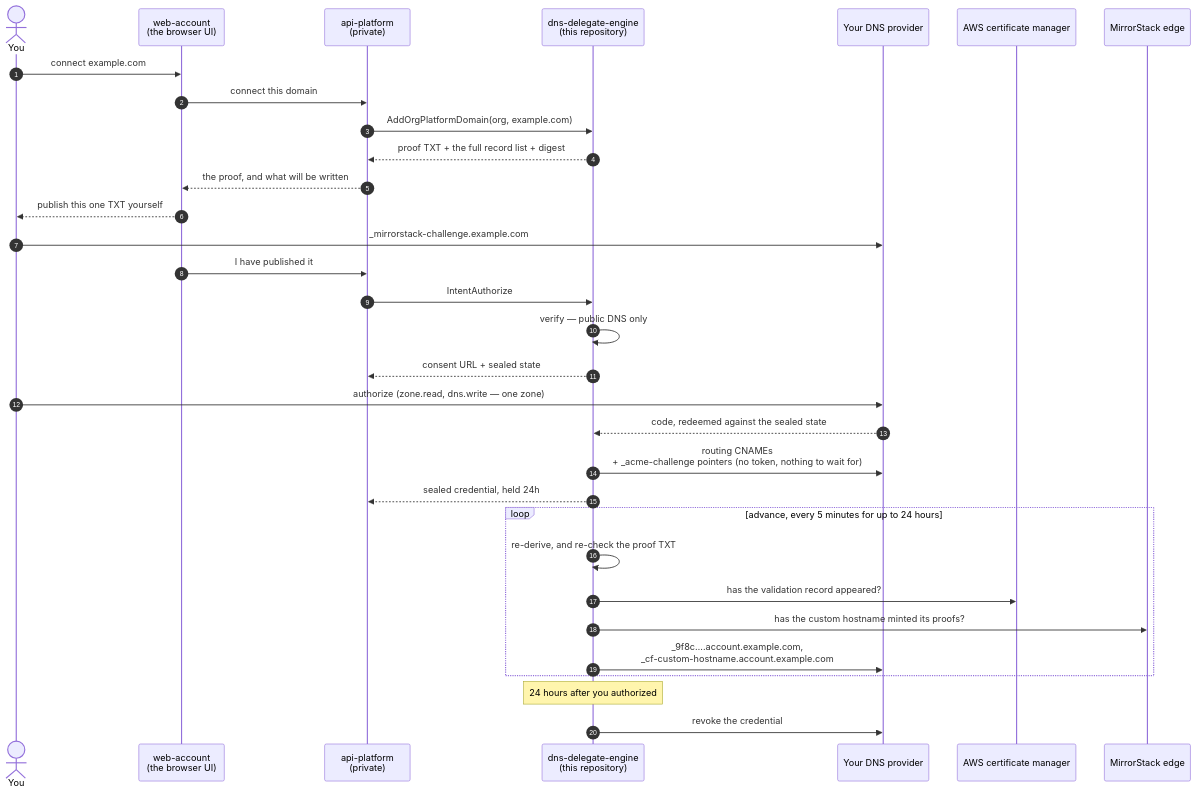
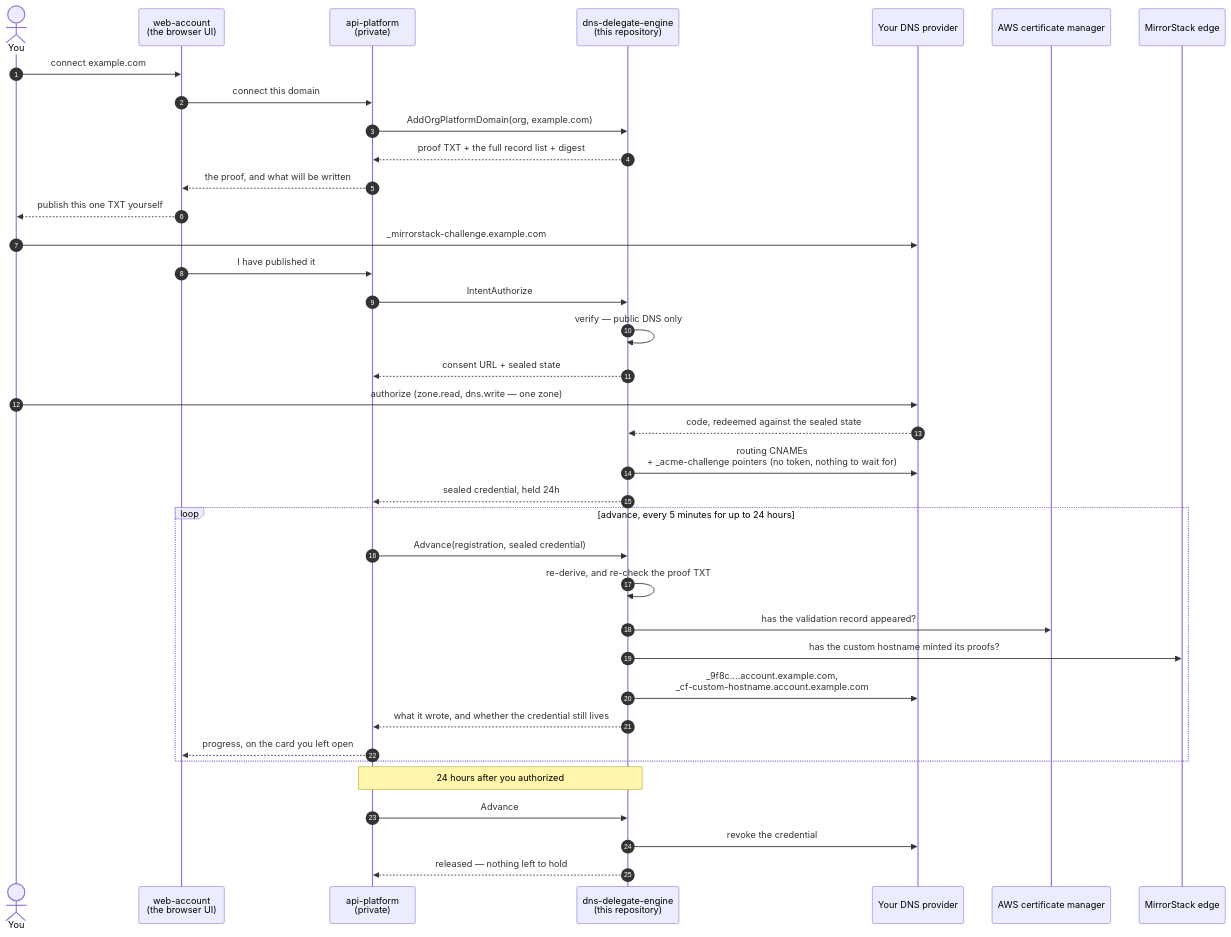
The first of 4 diagrams in README.md (mirrorstack-ai/dns-delegate-engine), drawn with Mermaid before and after one commit. The commit also changed other lines of this file, not shown here.

First paragraph of the commit message:
docs: the advance loop has a caller, and it is not this service
Owner review of #18 caught that lane 1's advance loop reports nothing back. The
missing arrow is real, and it was hiding something larger.

````diff
--- a/README.md
+++ b/README.md
@@ -221,39 +221,44 @@
 ```mermaid
 sequenceDiagram
     autonumber
     actor You
     participant Web as web-account<br/>(the browser UI)
     participant API as api-platform<br/>(private)
     participant Engine as dns-delegate-engine<br/>(this repository)
     participant CF as Your DNS provider
     participant ACM as AWS certificate manager
     participant Edge as MirrorStack edge
 
     You->>Web: connect example.com
     Web->>API: connect this domain
     API->>Engine: AddOrgPlatformDomain(org, example.com)
     Engine-->>API: proof TXT + the full record list + digest
     API-->>Web: the proof, and what will be written
     Web-->>You: publish this one TXT yourself
 
     You->>CF: _mirrorstack-challenge.example.com
     Web->>API: I have published it
     API->>Engine: IntentAuthorize
     Engine->>Engine: verify — public DNS only
     Engine-->>API: consent URL + sealed state
 
     You->>CF: authorize (zone.read, dns.write — one zone)
     CF-->>Engine: code, redeemed against the sealed state
     Engine->>CF: routing CNAMEs<br/>+ _acme-challenge pointers (no token, nothing to wait for)
     Engine-->>API: sealed credential, held 24h
 
     loop advance, every 5 minutes for up to 24 hours
+        API->>Engine: Advance(registration, sealed credential)
         Engine->>Engine: re-derive, and re-check the proof TXT
         Engine->>ACM: has the validation record appeared?
         Engine->>Edge: has the custom hostname minted its proofs?
         Engine->>CF: _9f8c….account.example.com,<br/>_cf-custom-hostname.account.example.com
+        Engine-->>API: what it wrote, and whether the credential still lives
+        API-->>Web: progress, on the card you left open
     end
 
-    Note over Engine: 24 hours after you authorized
+    Note over API,Engine: 24 hours after you authorized
+    API->>Engine: Advance
     Engine->>CF: revoke the credential
+    Engine-->>API: released — nothing left to hold
 ```
````
